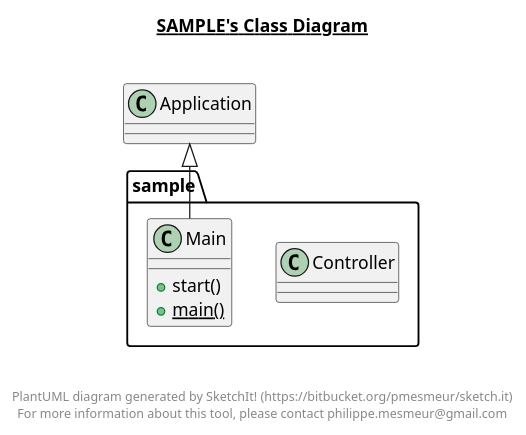
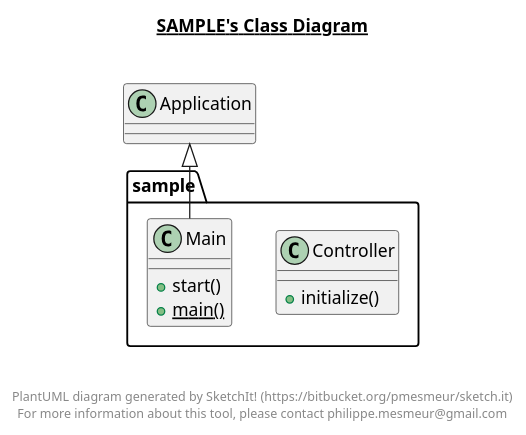
The diagram in src/sample/sample.plantuml (AlexandraCristetiu/MyTextAdventureGame), drawn with PlantUML before and after one commit. The commit also changed 2 other files, not shown here.

```diff
--- a/src/sample/sample.plantuml
+++ b/src/sample/sample.plantuml
@@ -1,29 +1,30 @@
 @startuml
 
 title __SAMPLE's Class Diagram__\n
 
   package sample {
     class Controller {
+        + initialize()
     }
   }
   
 
   package sample {
     class Main {
         + start()
         {static} + main()
     }
   }
   
 
   Main -up-|> Application
 
 
 right footer
 
 
 PlantUML diagram generated by SketchIt! (https://bitbucket.org/pmesmeur/sketch.it)
 For more information about this tool, please contact philippe.mesmeur@gmail.com
 endfooter
 
 @enduml
```
